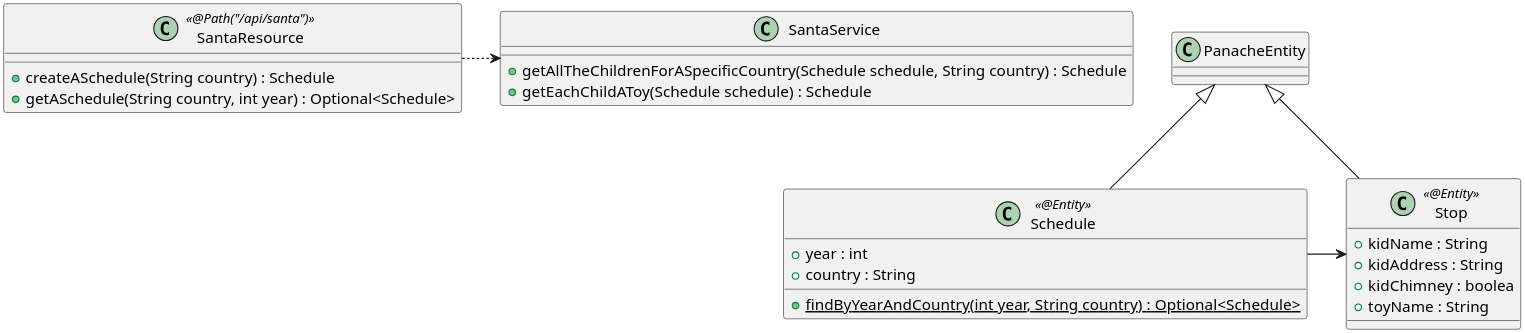
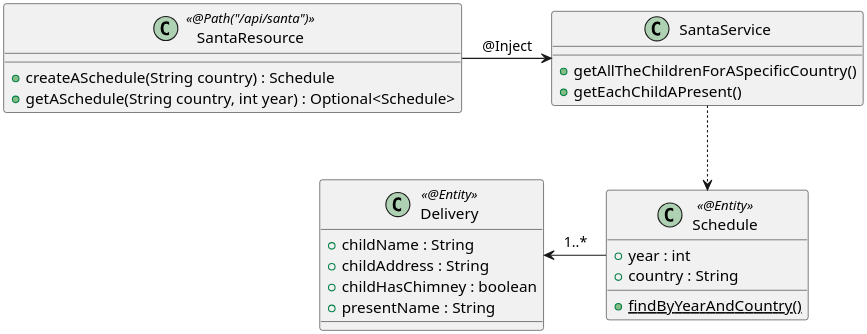
Before and after one commit to agoncal/agoncal-articles: the diagram in 2020-12-JavaAdvent/docs/src/docs/plantuml/javaadvent-figure-santa.puml, drawn with PlantUML. The commit also changed 4 other files, not shown here.

```diff
--- a/2020-12-JavaAdvent/docs/src/docs/plantuml/javaadvent-figure-santa.puml
+++ b/2020-12-JavaAdvent/docs/src/docs/plantuml/javaadvent-figure-santa.puml
@@ -1,32 +1,31 @@
 @startuml
 skinparam dpi 300
 
 class Schedule <<@Entity>> {
     + year : int
     + country : String
-    {static} + findByYearAndCountry(int year, String country) : Optional<Schedule>
+    {static} + findByYearAndCountry()
 }
 
-class Stop <<@Entity>> {
-    + kidName : String
-    + kidAddress : String
-    + kidChimney : boolea
-    + toyName : String
+class Delivery <<@Entity>> {
+    + childName : String
+    + childAddress : String
+    + childHasChimney : boolean
+    + presentName : String
 }
 
 class SantaResource <<@Path("/api/santa")>> {
     + createASchedule(String country) : Schedule
     + getASchedule(String country, int year) : Optional<Schedule>
 }
 
 class SantaService {
-    + getAllTheChildrenForASpecificCountry(Schedule schedule, String country) : Schedule
-    + getEachChildAToy(Schedule schedule) : Schedule
+    + getAllTheChildrenForASpecificCountry()
+    + getEachChildAPresent()
 }
 
-SantaResource .> SantaService
-Schedule -> Stop
-PanacheEntity <|-- Schedule
-PanacheEntity <|-- Stop
+SantaResource -> SantaService : "@Inject"
+SantaService ..> Schedule
+Schedule -left-> Delivery : "1..*"
 
 @enduml
```
